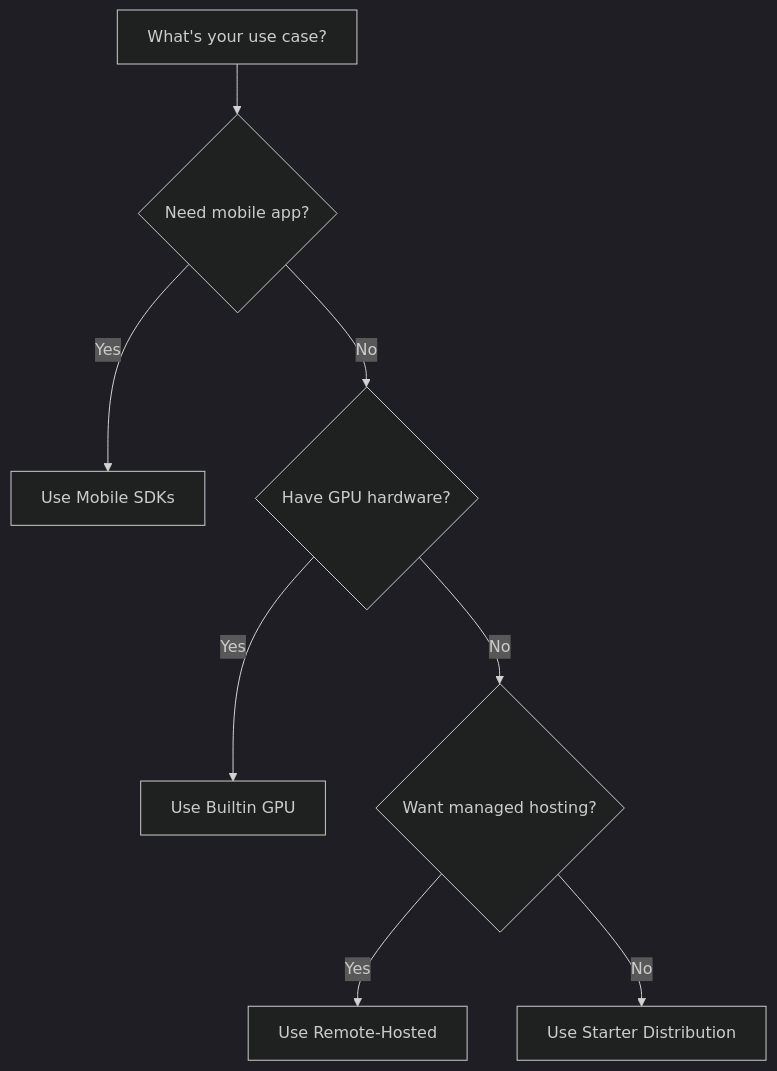
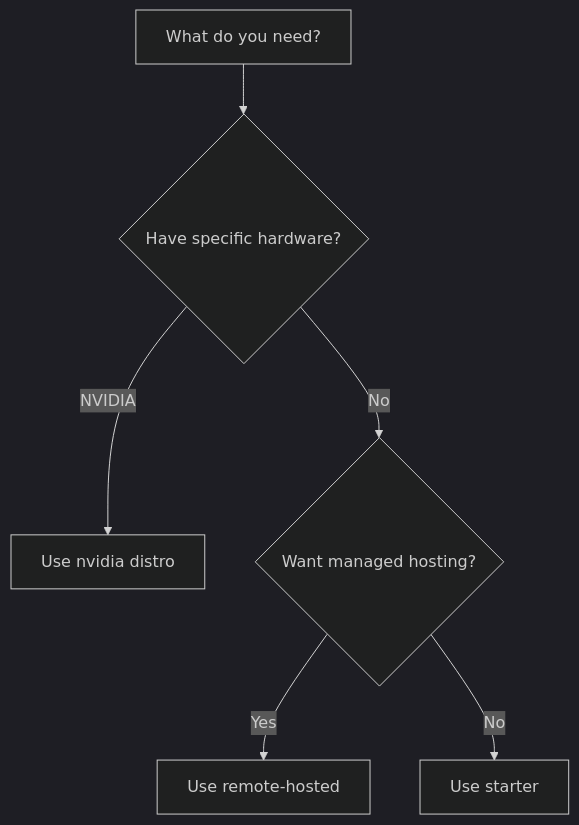
The diagram in docs/docs/distributions/list_of_distributions.mdx (skamenan7/llama-stack), drawn with Mermaid (dark theme) before and after one commit. The commit also changed other lines of this file and 40 other files, not shown here.

````diff
--- a/docs/docs/distributions/list_of_distributions.mdx
+++ b/docs/docs/distributions/list_of_distributions.mdx
@@ -115,10 +42,8 @@
 ```mermaid
 graph TD
-    A[What's your use case?] --> B{Need mobile app?}
-    B -->|Yes| C[Use Mobile SDKs]
-    B -->|No| D{Have GPU hardware?}
-    D -->|Yes| E[Use Builtin GPU]
-    D -->|No| F{Want managed hosting?}
-    F -->|Yes| G[Use Remote-Hosted]
-    F -->|No| H[Use Starter Distribution]
+    A[What do you need?] --> B{Have specific hardware?}
+    B -->|NVIDIA| C[Use nvidia distro]
+    B -->|No| D{Want managed hosting?}
+    D -->|Yes| E[Use remote-hosted]
+    D -->|No| F[Use starter]
 ```
````
